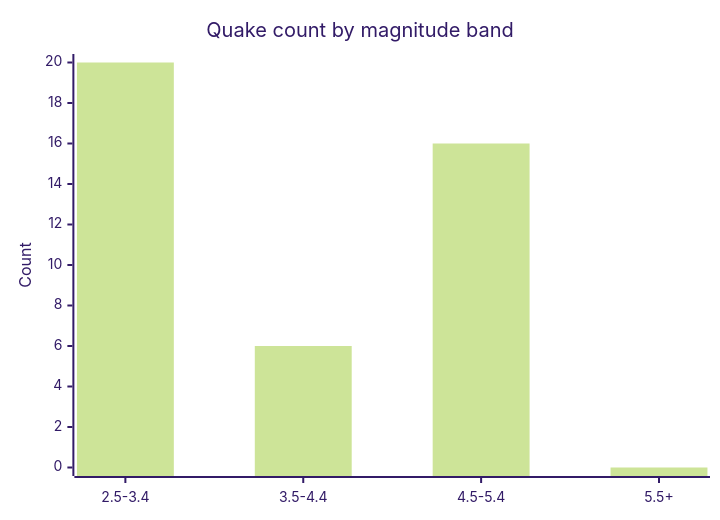
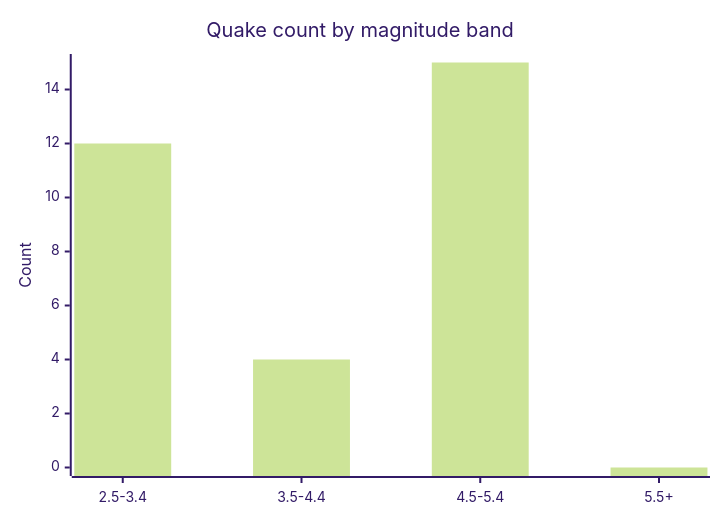
Before and after one commit to Midwest-Stratospheric/aerostratospheric-defense-gir: the fifth of 6 diagrams in docs/GRAPHS.md, drawn with Mermaid (forest theme). The commit also changed other lines of this file and 23 other files, not shown here.

````diff
--- a/docs/GRAPHS.md
+++ b/docs/GRAPHS.md
@@ -82,7 +82,7 @@
 ```mermaid
 xychart-beta
   title "Quake count by magnitude band"
   x-axis ["2.5-3.4", "3.5-4.4", "4.5-5.4", "5.5+"]
-  y-axis "Count" 0 --> 20
-  bar [20, 6, 16, 0]
+  y-axis "Count" 0 --> 15
+  bar [12, 4, 15, 0]
 ```
````
